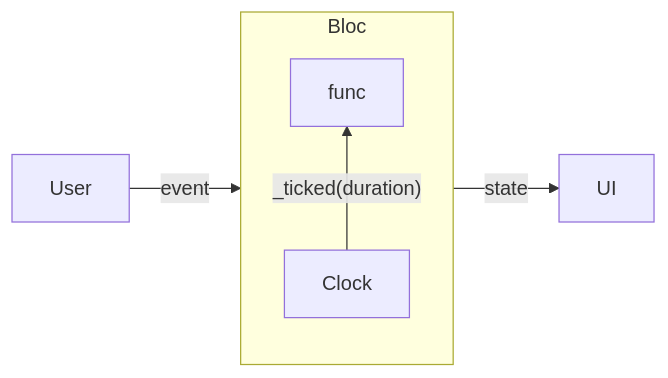
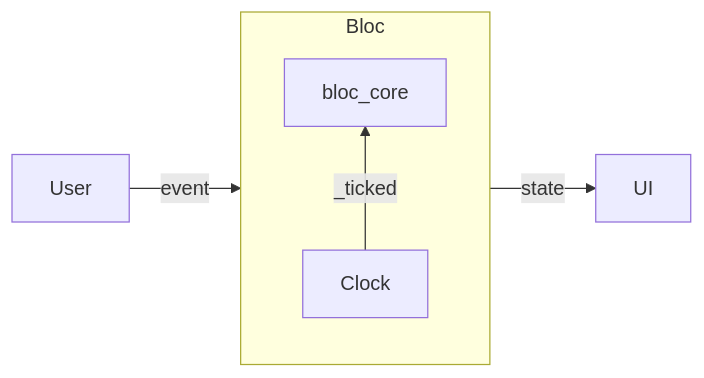
One commit to dzylikecode/flutter-bloc-tutorial-timer changed the diagram in README.md. Above: the diagram before and after it, drawn with Mermaid. The commit also changed other lines of this file and 1 other file, not shown here.

````diff
--- a/README.md
+++ b/README.md
@@ -8,9 +31,9 @@
 ```mermaid
 graph LR
   User --event--> Bloc
   Bloc --state--> UI
   subgraph Bloc
     direction BT
-    Clock --"_ticked(duration)"--> func
+    Clock --"_ticked"--> bloc_core
   end
 ```
````
